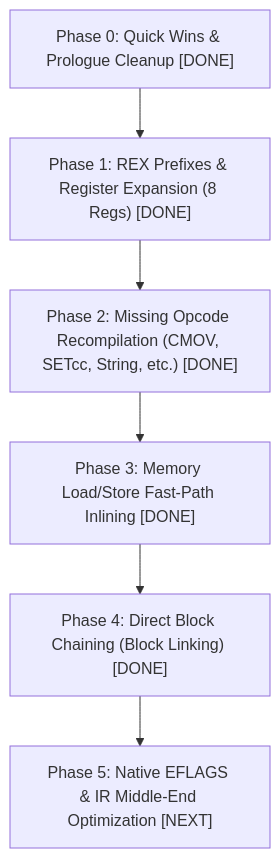
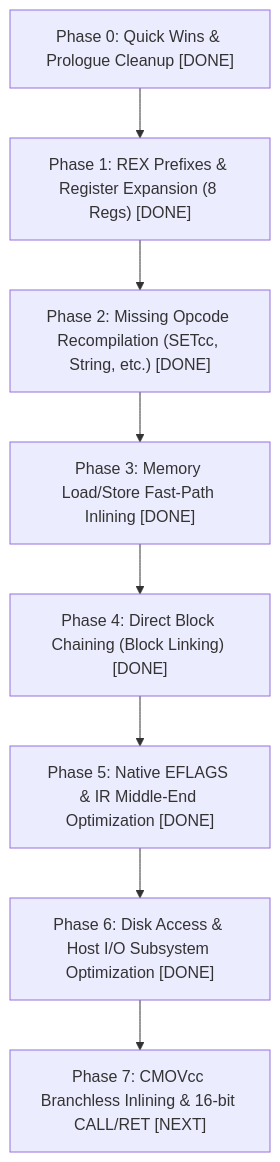
The first of 2 diagrams in src/codegen_new/ROADMAP.md (marmarama/86Box), drawn with Mermaid before and after one commit. The commit also changed other lines of this file and 5 other files, not shown here.

````diff
--- a/src/codegen_new/ROADMAP.md
+++ b/src/codegen_new/ROADMAP.md
@@ -5,8 +5,10 @@
 ```mermaid
 graph TD
     P0["Phase 0: Quick Wins & Prologue Cleanup [DONE]"] --> P1["Phase 1: REX Prefixes & Register Expansion (8 Regs) [DONE]"]
-    P1 --> P2["Phase 2: Missing Opcode Recompilation (CMOV, SETcc, String, etc.) [DONE]"]
+    P1 --> P2["Phase 2: Missing Opcode Recompilation (SETcc, String, etc.) [DONE]"]
     P2 --> P3["Phase 3: Memory Load/Store Fast-Path Inlining [DONE]"]
     P3 --> P4["Phase 4: Direct Block Chaining (Block Linking) [DONE]"]
-    P4 --> P5["Phase 5: Native EFLAGS & IR Middle-End Optimization [NEXT]"]
+    P4 --> P5["Phase 5: Native EFLAGS & IR Middle-End Optimization [DONE]"]
+    P5 --> P6["Phase 6: Disk Access & Host I/O Subsystem Optimization [DONE]"]
+    P6 --> P7["Phase 7: CMOVcc Branchless Inlining & 16-bit CALL/RET [NEXT]"]
 ```
````
